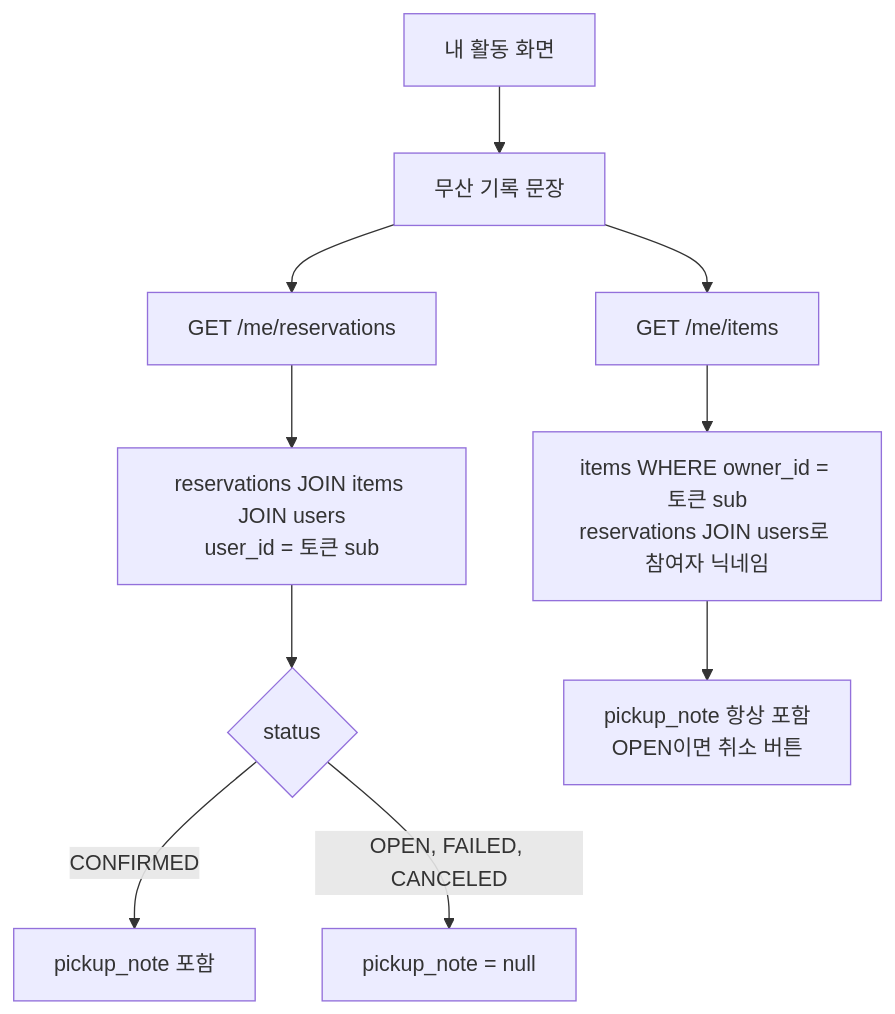
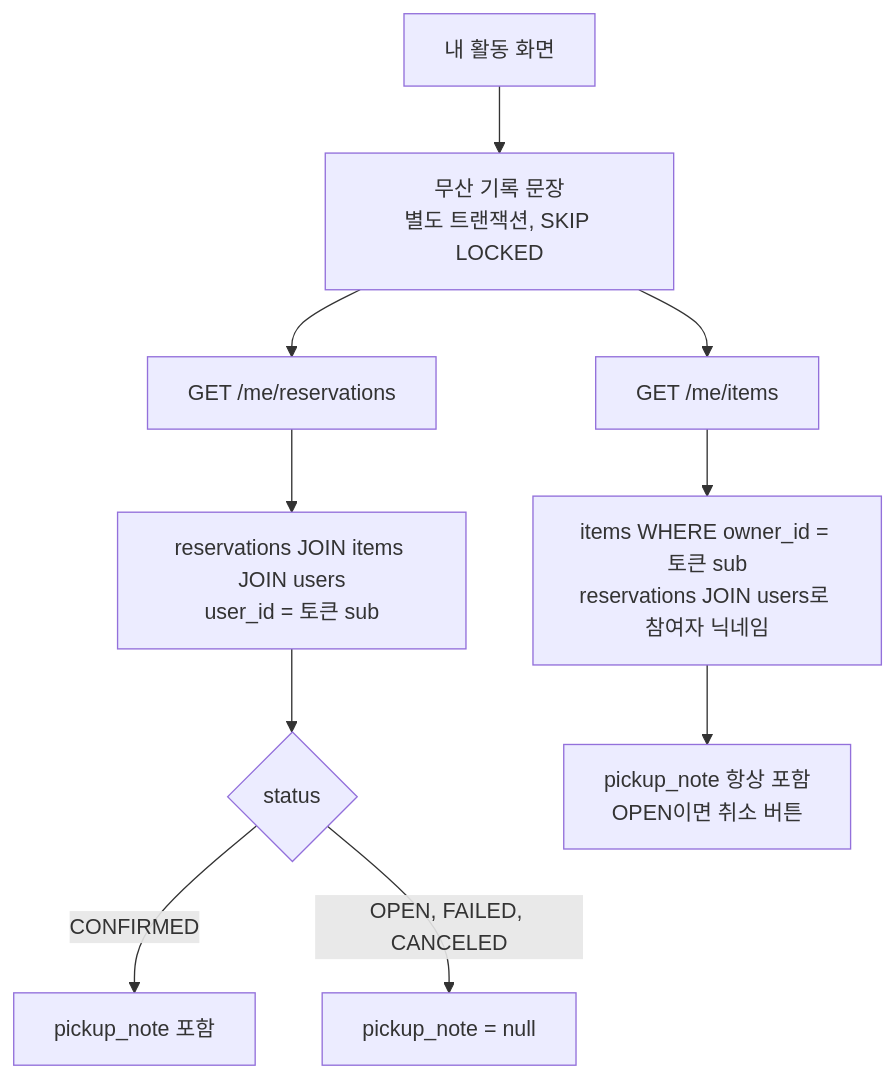
One commit to hgoose-avatye/together changed the tenth of 11 diagrams in gachi-spec.md. Above: the diagram before and after it, drawn with Mermaid. The commit also changed other lines of this file and 2 other files, not shown here.

````diff
--- a/gachi-spec.md
+++ b/gachi-spec.md
@@ -625,12 +649,12 @@
 ```mermaid
 flowchart TD
-    A["내 활동 화면"] --> Z["무산 기록 문장"]
+    A["내 활동 화면"] --> Z["무산 기록 문장<br/>별도 트랜잭션, SKIP LOCKED"]
     Z --> B["GET /me/reservations"]
     Z --> C["GET /me/items"]
     B --> B1["reservations JOIN items JOIN users<br/>user_id = 토큰 sub"]
     B1 --> B2{"status"}
     B2 -->|"CONFIRMED"| B3["pickup_note 포함"]
     B2 -->|"OPEN, FAILED, CANCELED"| B4["pickup_note = null"]
     C --> C1["items WHERE owner_id = 토큰 sub<br/>reservations JOIN users로 참여자 닉네임"]
     C1 --> C2["pickup_note 항상 포함<br/>OPEN이면 취소 버튼"]
 ```
````
